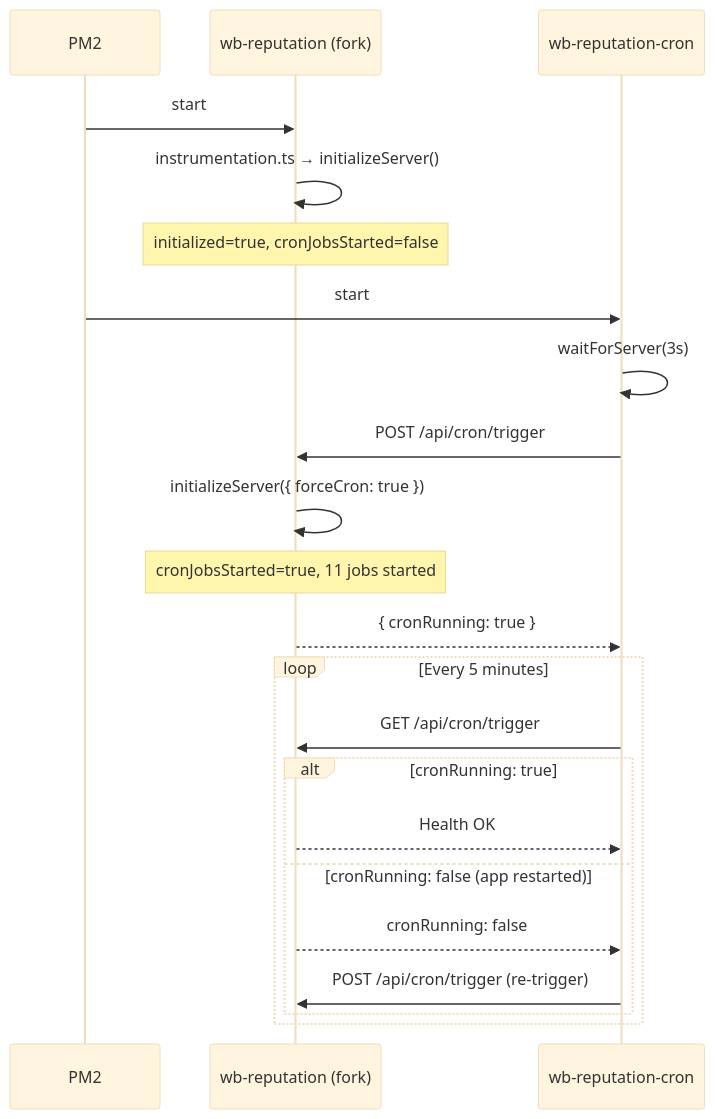
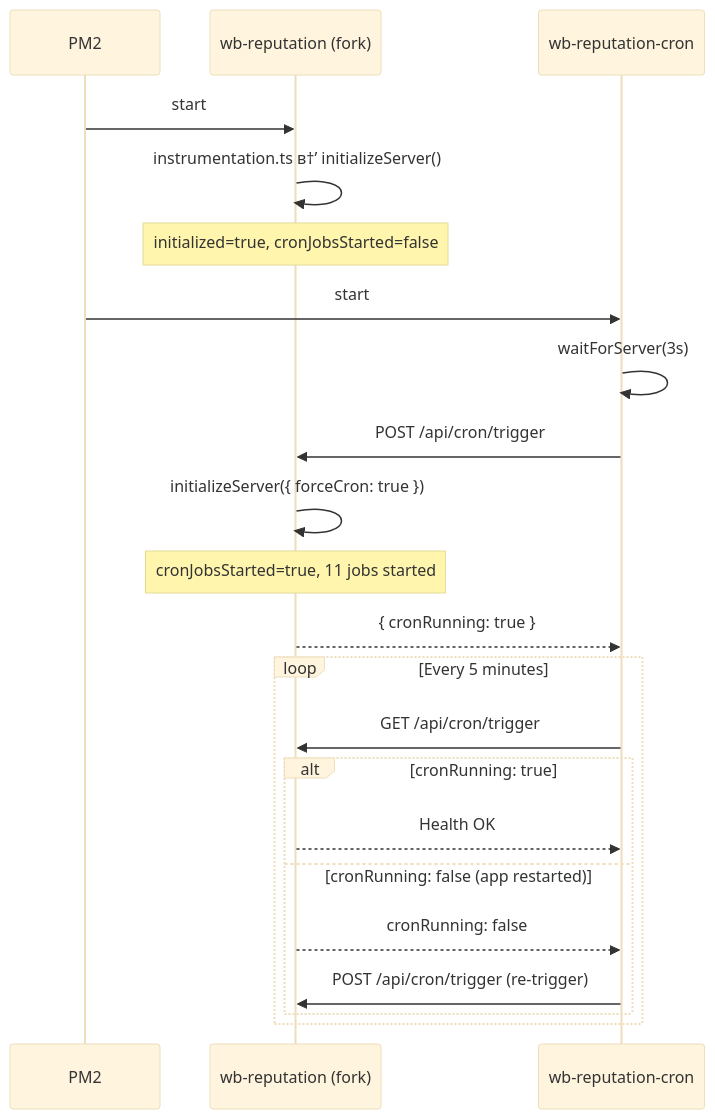
Before and after one commit to Klimov-IS/R5-Saas-v-2.0: the first of 2 diagrams in docs/CRON_JOBS.md, drawn with Mermaid (base theme). The commit also changed other lines of this file and 20 other files, not shown here.

````diff
--- a/docs/CRON_JOBS.md
+++ b/docs/CRON_JOBS.md
@@ -34,27 +34,27 @@
 ```mermaid
 sequenceDiagram
     participant PM2
     participant MainApp as wb-reputation (fork)
     participant CronMgr as wb-reputation-cron
 
     PM2->>MainApp: start
-    MainApp->>MainApp: instrumentation.ts → initializeServer()
+    MainApp->>MainApp: instrumentation.ts в†’ initializeServer()
     Note over MainApp: initialized=true, cronJobsStarted=false
 
     PM2->>CronMgr: start
     CronMgr->>CronMgr: waitForServer(3s)
     CronMgr->>MainApp: POST /api/cron/trigger
     MainApp->>MainApp: initializeServer({ forceCron: true })
     Note over MainApp: cronJobsStarted=true, 11 jobs started
     MainApp-->>CronMgr: { cronRunning: true }
 
     loop Every 5 minutes
         CronMgr->>MainApp: GET /api/cron/trigger
         alt cronRunning: true
             MainApp-->>CronMgr: Health OK
         else cronRunning: false (app restarted)
             MainApp-->>CronMgr: cronRunning: false
             CronMgr->>MainApp: POST /api/cron/trigger (re-trigger)
         end
     end
 ```
````
